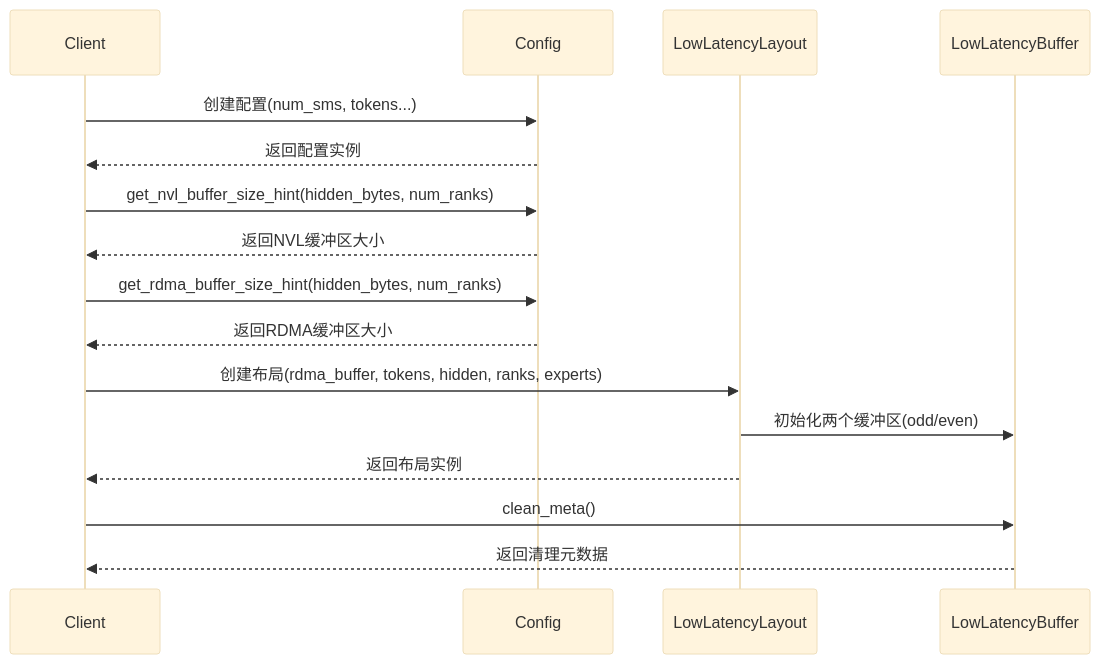
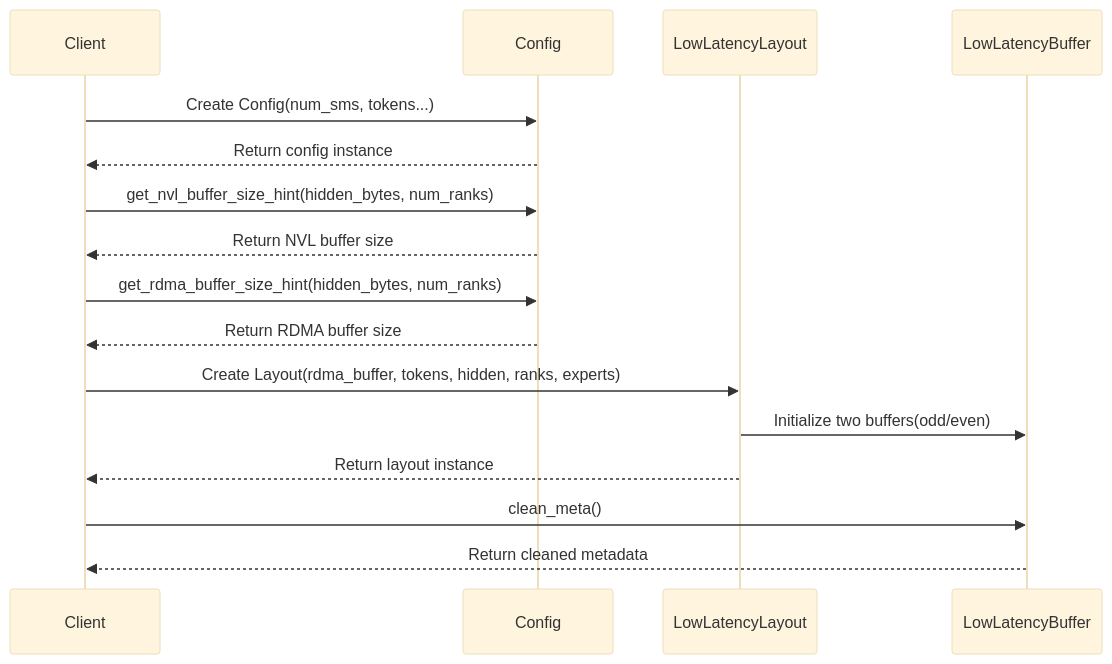
One commit to liz-badada/DeepEP changed the second of 2 diagrams in deep_ep_buffer.md. Above: the diagram before and after it, drawn with Mermaid (base theme).

````diff
--- a/deep_ep_buffer.md
+++ b/deep_ep_buffer.md
@@ -70,23 +70,23 @@
 ```mermaid
 sequenceDiagram
     participant Client
     participant Config
     participant LowLatencyLayout
     participant LowLatencyBuffer
 
-    Client->>Config: 创建配置(num_sms, tokens...)
-    Config-->>Client: 返回配置实例
+    Client->>Config: Create Config(num_sms, tokens...)
+    Config-->>Client: Return config instance
 
     Client->>Config: get_nvl_buffer_size_hint(hidden_bytes, num_ranks)
-    Config-->>Client: 返回NVL缓冲区大小
+    Config-->>Client: Return NVL buffer size
 
     Client->>Config: get_rdma_buffer_size_hint(hidden_bytes, num_ranks)
-    Config-->>Client: 返回RDMA缓冲区大小
+    Config-->>Client: Return RDMA buffer size
 
-    Client->>LowLatencyLayout: 创建布局(rdma_buffer, tokens, hidden, ranks, experts)
-    LowLatencyLayout->>LowLatencyBuffer: 初始化两个缓冲区(odd/even)
-    LowLatencyLayout-->>Client: 返回布局实例
+    Client->>LowLatencyLayout: Create Layout(rdma_buffer, tokens, hidden, ranks, experts)
+    LowLatencyLayout->>LowLatencyBuffer: Initialize two buffers(odd/even)
+    LowLatencyLayout-->>Client: Return layout instance
 
     Client->>LowLatencyBuffer: clean_meta()
-    LowLatencyBuffer-->>Client: 返回清理元数据
+    LowLatencyBuffer-->>Client: Return cleaned metadata
 ```
````
